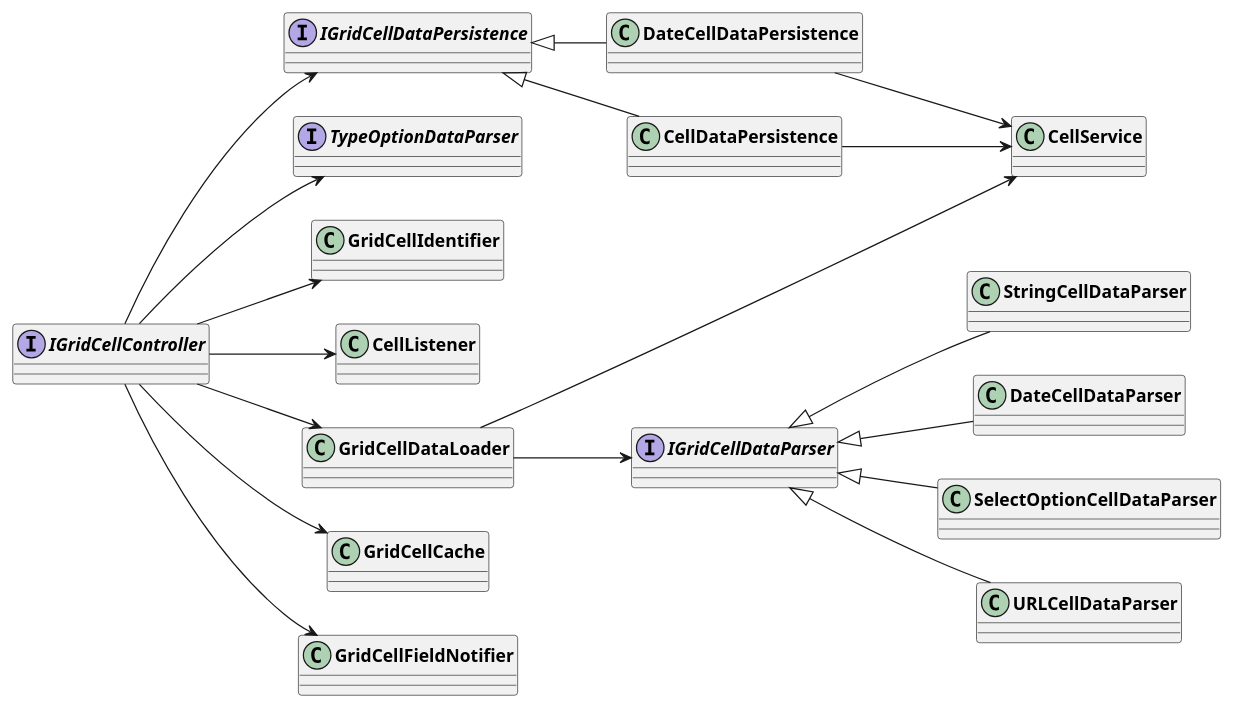
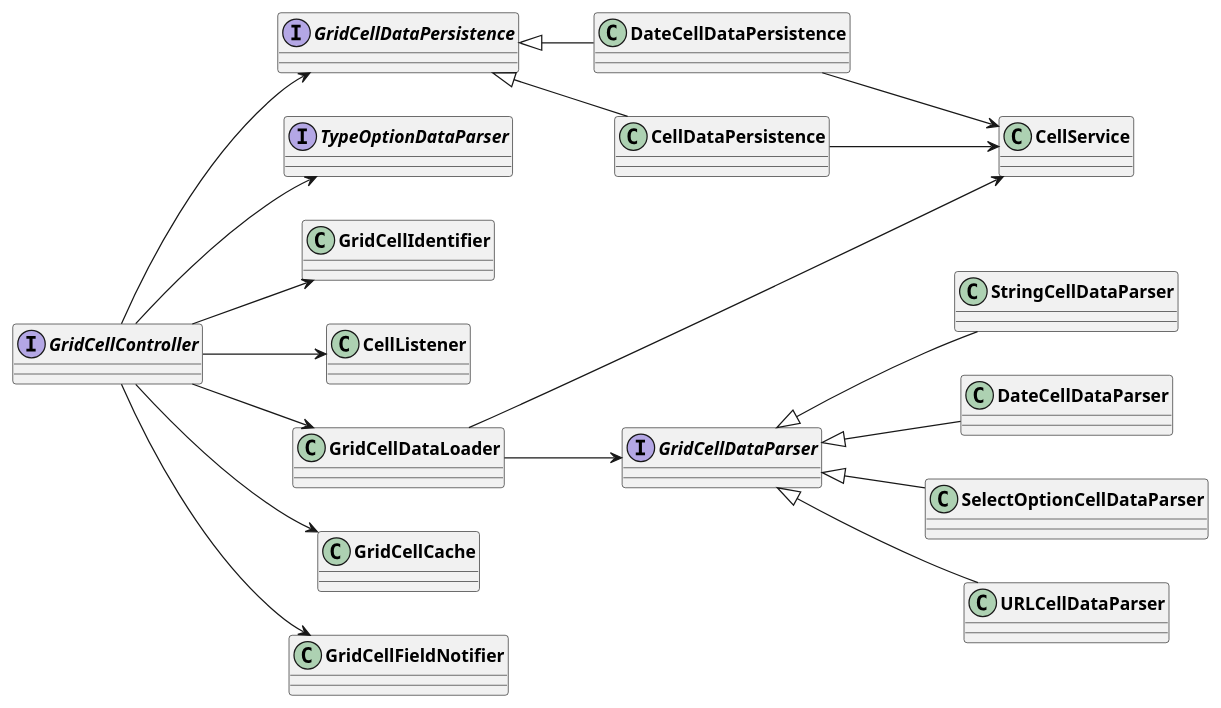
One commit to AppFlowy-IO/AppFlowy-Docs changed the third of 3 diagrams in uml/dart_classes/grid_cells.plantuml. Above: the diagram before and after it, drawn with PlantUML. The commit also changed 5 other files, not shown here.

Commit message:
chore: update diagrams

```diff
--- a/uml/dart_classes/grid_cells.plantuml
+++ b/uml/dart_classes/grid_cells.plantuml
@@ -44,42 +44,42 @@
 @startuml Grid Cell Controller
 skinparam classFontStyle Bold
 skinparam ActivityBackgroundColor Silver
 skinparam ActivityBorderColor DimGray
 left to right direction
 
-interface IGridCellDataPersistence
-interface IGridCellController
-interface IGridCellDataParser
+interface GridCellDataPersistence
+interface GridCellController
+interface GridCellDataParser
 interface TypeOptionDataParser
 
-IGridCellController --> GridCellIdentifier
-IGridCellController --> CellListener
-IGridCellController --> TypeOptionDataParser
+GridCellController --> GridCellIdentifier
+GridCellController --> CellListener
+GridCellController --> TypeOptionDataParser
 
 'Data loader
-IGridCellController --> GridCellDataLoader
-GridCellDataLoader --> IGridCellDataParser
+GridCellController --> GridCellDataLoader
+GridCellDataLoader --> GridCellDataParser
 GridCellDataLoader --> CellService
 
 'Data parser
-StringCellDataParser -u-|> IGridCellDataParser
-DateCellDataParser -u-|> IGridCellDataParser
-SelectOptionCellDataParser -u-|> IGridCellDataParser
-URLCellDataParser -u-|> IGridCellDataParser
+StringCellDataParser -u-|> GridCellDataParser
+DateCellDataParser -u-|> GridCellDataParser
+SelectOptionCellDataParser -u-|> GridCellDataParser
+URLCellDataParser -u-|> GridCellDataParser
 
 'Cache
-IGridCellController --> GridCellCache
+GridCellController --> GridCellCache
 
 
 'Persistence
-IGridCellController --> IGridCellDataPersistence
-DateCellDataPersistence -u-|> IGridCellDataPersistence
-CellDataPersistence -u-|> IGridCellDataPersistence
+GridCellController --> GridCellDataPersistence
+DateCellDataPersistence -u-|> GridCellDataPersistence
+CellDataPersistence -u-|> GridCellDataPersistence
 
 DateCellDataPersistence --> CellService
 CellDataPersistence --> CellService
 
 'Field
-IGridCellController --> GridCellFieldNotifier
+GridCellController --> GridCellFieldNotifier
 
 @enduml
```
